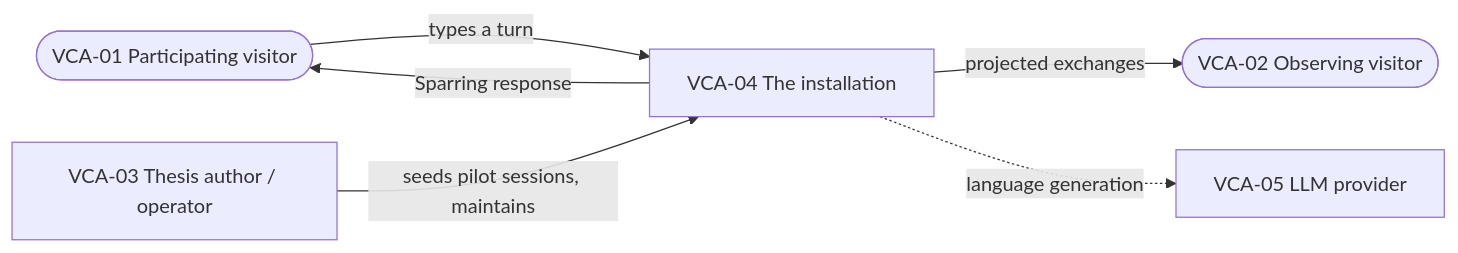
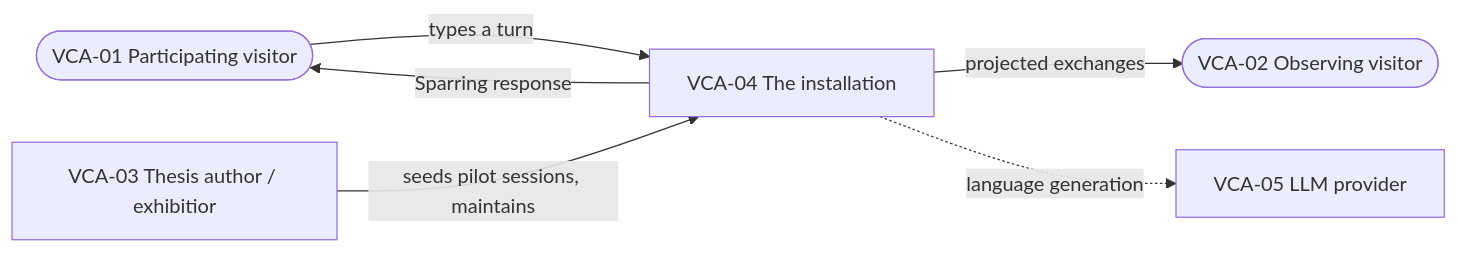
The diagram in docs/L1-solution-design-concept.md (blude/sparring), drawn with Mermaid before and after one commit. The commit also changed other lines of this file and 4 other files, not shown here.

````diff
--- a/docs/L1-solution-design-concept.md
+++ b/docs/L1-solution-design-concept.md
@@ -68,14 +72,14 @@
 ```mermaid
 flowchart LR
   VCA01(["VCA-01 Participating visitor"])
   VCA02(["VCA-02 Observing visitor"])
-  VCA03["VCA-03 Thesis author / operator"]
+  VCA03["VCA-03 Thesis author / exhibitior"]
   VCA04["VCA-04 The installation"]
   VCA05["VCA-05 LLM provider"]
 
   VCA01 -->|types a turn| VCA04
   VCA04 -->|Sparring response| VCA01
   VCA04 -->|projected exchanges| VCA02
   VCA03 -->|seeds pilot sessions, maintains| VCA04
   VCA04 -.->|language generation| VCA05
 ```
````
